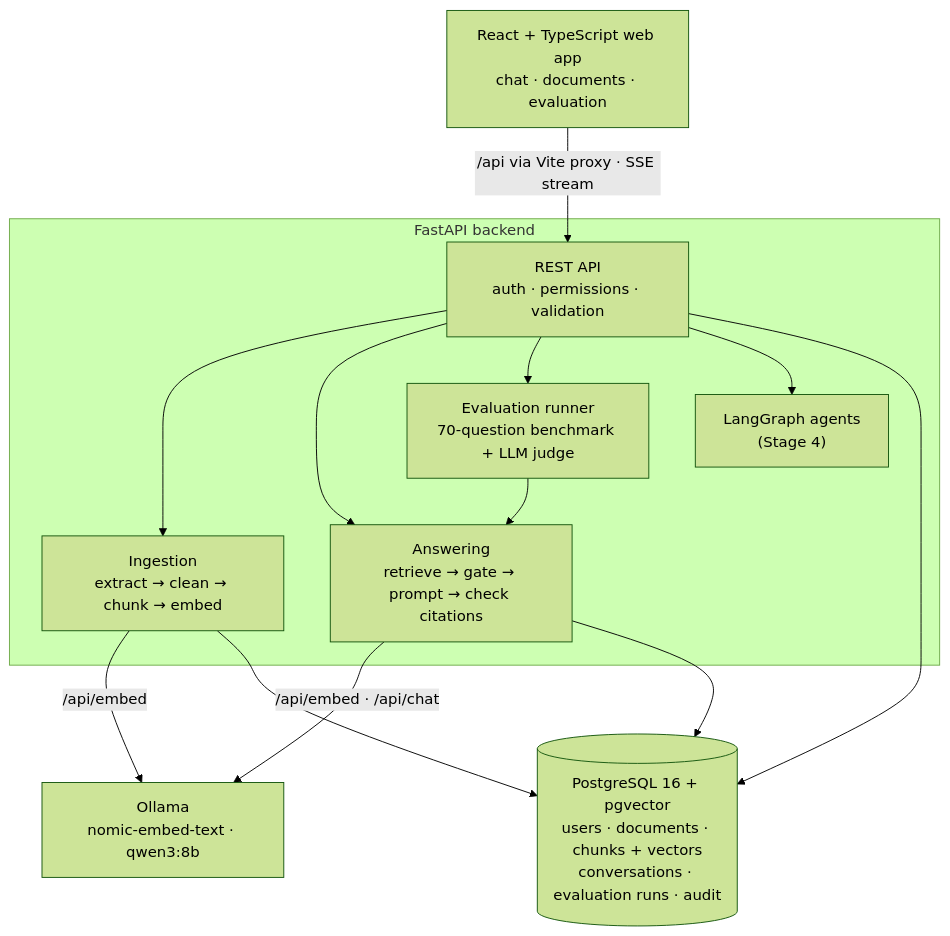
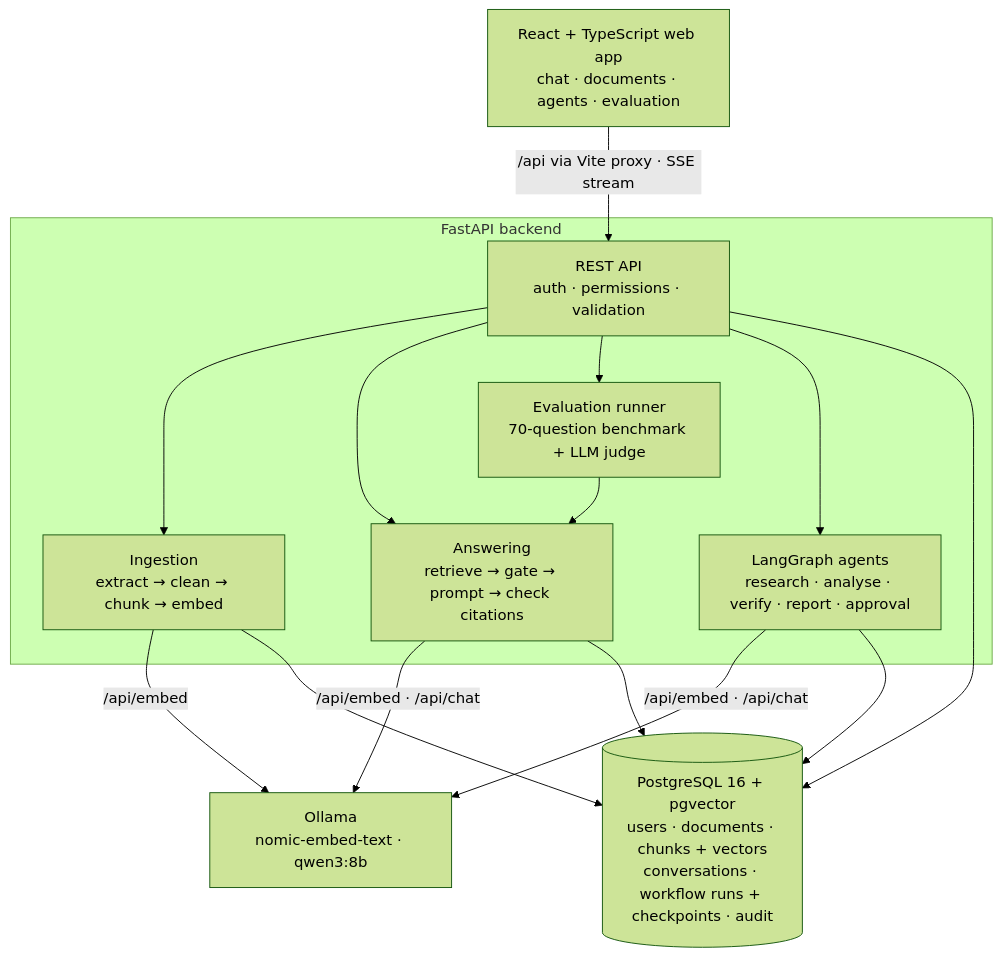
Before and after one commit to Jathin4/enterprise-knowledge-assistant: the diagram in README.md, drawn with Mermaid (forest theme). The commit also changed other lines of this file and 35 other files, not shown here.

First line of the commit message:
Stage 4: agent workflows, held-out evaluation and fixes

````diff
--- a/README.md
+++ b/README.md
@@ -126,23 +164,25 @@
 ```mermaid
 flowchart TB
-    UI["React + TypeScript web app<br/>chat · documents · evaluation"] -->|"/api via Vite proxy · SSE stream"| API
+    UI["React + TypeScript web app<br/>chat · documents · agents · evaluation"] -->|"/api via Vite proxy · SSE stream"| API
 
     subgraph Backend["FastAPI backend"]
         API["REST API<br/>auth · permissions · validation"]
         ING["Ingestion<br/>extract → clean → chunk → embed"]
         ANS["Answering<br/>retrieve → gate → prompt → check citations"]
         EV["Evaluation runner<br/>70-question benchmark + LLM judge"]
-        AG["LangGraph agents<br/>(Stage 4)"]
+        AG["LangGraph agents<br/>research · analyse · verify · report · approval"]
     end
 
     API --> ING
     API --> ANS
     API --> EV
     API --> AG
     ING -->|/api/embed| OL["Ollama<br/>nomic-embed-text · qwen3:8b"]
     ANS -->|/api/embed · /api/chat| OL
     EV --> ANS
-    API --> PG[("PostgreSQL 16 + pgvector<br/>users · documents · chunks + vectors<br/>conversations · evaluation runs · audit")]
+    API --> PG[("PostgreSQL 16 + pgvector<br/>users · documents · chunks + vectors<br/>conversations · workflow runs + checkpoints · audit")]
     ING --> PG
     ANS --> PG
+    AG -->|/api/embed · /api/chat| OL
+    AG --> PG
 ```
````
